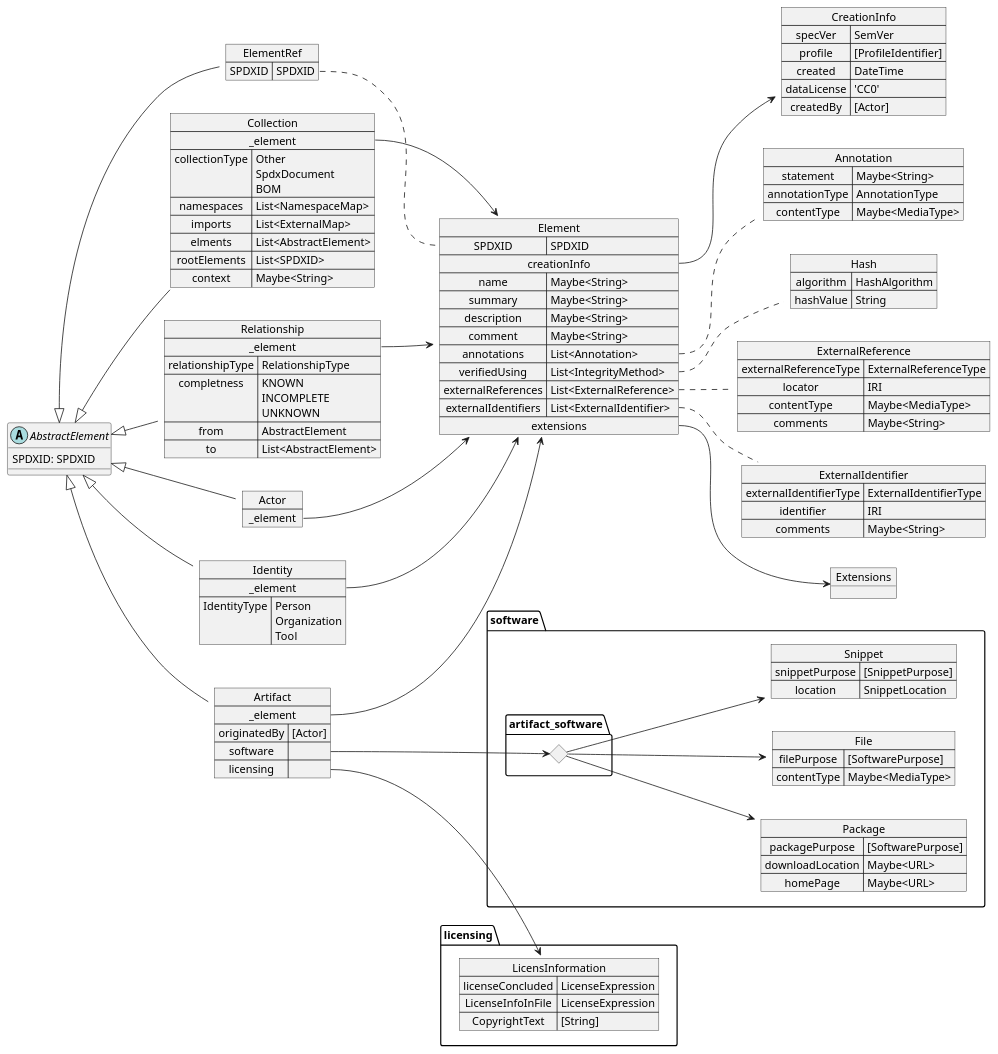
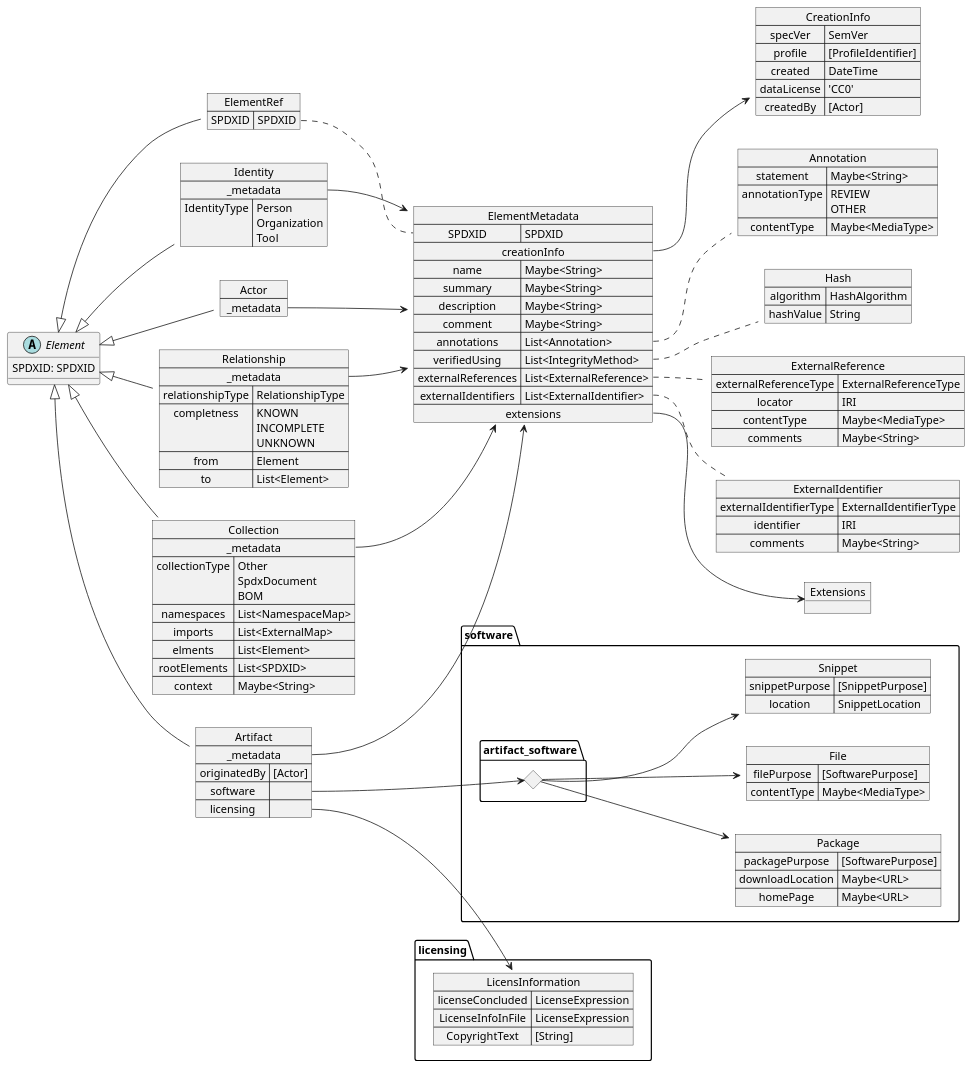
The diagram in model.puml (maxhbr/spdx-3-model.compositional), drawn with PlantUML before and after one commit. The commit also changed 1 other file, not shown here.

```diff
--- a/model.puml
+++ b/model.puml
@@ -1,5 +1,7 @@
 @startuml
 left to right direction
+
+together {
 
 map CreationInfo {
     specVer => SemVer
@@ -9,7 +11,7 @@
     createdBy => [Actor]
 }
 object Extensions
-map Element {
+map ElementMetadata {
     SPDXID => SPDXID
     creationInfo *--> CreationInfo
     name => Maybe<String>
@@ -24,60 +26,61 @@
 }
 map Annotation {
     statement => Maybe<String>
-    annotationType => AnnotationType
+    annotationType => REVIEW\nOTHER
     contentType => Maybe<MediaType>
 }
-Element::annotations .. Annotation
+ElementMetadata::annotations .. Annotation
 map ExternalReference {
     externalReferenceType => ExternalReferenceType
     locator => IRI
     contentType => Maybe<MediaType>
     comments => Maybe<String>
 }
-Element::externalReferences .. ExternalReference
+ElementMetadata::externalReferences .. ExternalReference
 Map Hash {
     algorithm => HashAlgorithm
     hashValue => String
 }
-Element::verifiedUsing .. Hash
+ElementMetadata::verifiedUsing .. Hash
 Map ExternalIdentifier {
     externalIdentifierType => ExternalIdentifierType
     identifier => IRI
     comments => Maybe<String>
 }
-Element::externalIdentifiers .. ExternalIdentifier
+ElementMetadata::externalIdentifiers .. ExternalIdentifier
 
 map Artifact {
-    _element *--> Element
+    _metadata *--> ElementMetadata
     originatedBy => [Actor]
     software =>
     licensing =>
 }
 
 map Collection {
-    _element *--> Element
+    _metadata *--> ElementMetadata
     collectionType => Other\nSpdxDocument\nBOM
     namespaces => List<NamespaceMap>
     imports => List<ExternalMap>
-    elments => List<AbstractElement>
+    elments => List<Element>
     rootElements => List<SPDXID>
     context => Maybe<String>
 }
 
+
 map Relationship {
-    _element *--> Element
+    _metadata *--> ElementMetadata
     relationshipType => RelationshipType
     completness => KNOWN\nINCOMPLETE\nUNKNOWN
-    from => AbstractElement
-    to => List<AbstractElement>
+    from => Element
+    to => List<Element>
 }
 
 map Actor {
-    _element *--> Element
+    _metadata *--> ElementMetadata
 }
 
 map Identity {
-    _element *--> Element
+    _metadata *--> ElementMetadata
     IdentityType => Person\nOrganization\nTool
 }
 
@@ -118,18 +121,90 @@
 map ElementRef {
     SPDXID => SPDXID
 }
-ElementRef::SPDXID .. Element::SPDXID
+ElementRef::SPDXID .. ElementMetadata::SPDXID
 
 
-abstract AbstractElement {
+
+abstract Element {
   SPDXID: SPDXID
-  ' {method} toElementRef: AbstractElement
+  ' {method} toElementRef: Element
 }
-AbstractElement <|-- ElementRef
-AbstractElement <|-- Identity
-AbstractElement <|-- Actor
-AbstractElement <|-- Relationship
-AbstractElement <|-- Collection
-AbstractElement <|-- Artifact
+Element <|-- ElementRef
+Element <|-- Identity
+Element <|-- Actor
+Element <|-- Relationship
+Element <|-- Collection
+Element <|-- Artifact
+
+}
+
+' enum RelationshipType {
+' DESCRIBES
+' AMENDS
+' CONTAINS
+' ANCESTOR [do we need both?]
+' DESCENDANT [do we need both?]
+' VARIANT
+' DEPENDS_ON
+' BUILD_DEPENDENCY
+' DEV_DEPENDENCY
+' OPTIONAL_DEPENDENCY
+' PROVIDED_DEPENDENCY
+' TEST_DEPENDENCY
+' RUNTIME_DEPENDENCY
+' DEPENDENCY_MANIFEST
+' DYNAMIC_LINK
+' STATIC_LINK
+' PREREQUISITE
+
+' BUILD_TOOL
+' DEV_TOOL
+' TEST_TOOL
+
+' GENERATES
+
+' DISTRIBUTION_ARTIFACT
+' EXAMPLE
+' DATA_FILE
+' TEST_CASE
+' DOCUMENTATION
+' METAFILE
+' TEST
+' OPTIONAL_COMPONENT
+' PACKAGES
+
+' PATCH
+' COPY
+' EXPANDED_FROM_ARCHIVE
+' FILE_ADDED
+' FILE_DELETED
+' FILE_MODIFIED
+
+' SUPPLIED_BY *new*
+' OTHER
+' }
+' enum HashAlgorithm {
+' SHA1
+' SHA224
+' SHA256 [default]
+' SHA384
+' SHA512
+' SHA3-224
+' SHA3-256
+' SHA3-384
+' SHA3-512
+' MD2
+' MD4
+' MD5
+' MD6
+' SPDX-PVC-SHA1
+' SPDX-PVC-SHA256
+' BLAKE2b-256
+' BLAKE2b-384
+' BLAKE2b-512
+' BLAKE3
+' }
+
+' RelationshipType -[hidden]-> HashAlgorithm
 
 @enduml
```
